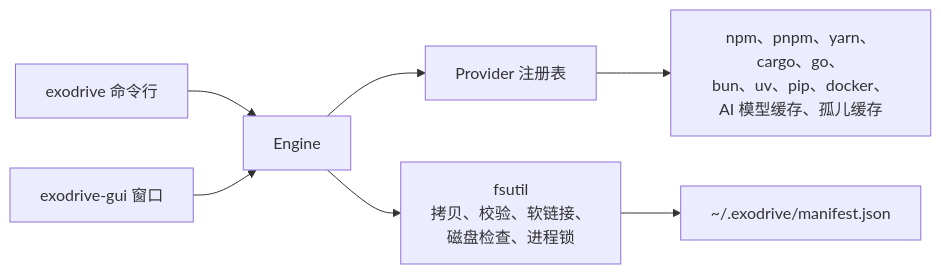
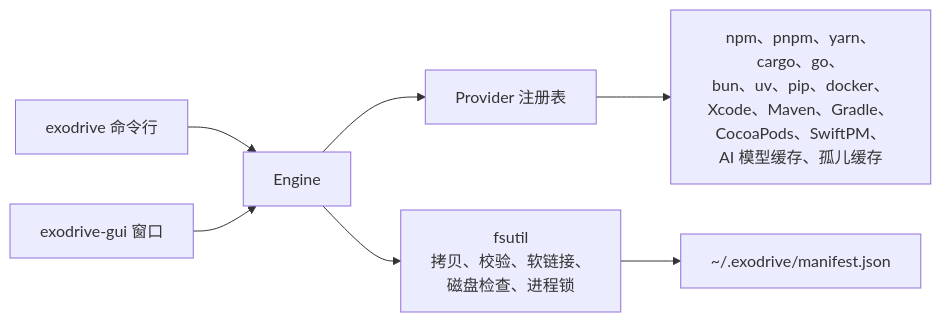
One commit to Jungley8/exodrive changed the diagram in README.zh.md. Above: the diagram before and after it, drawn with Mermaid. The commit also changed other lines of this file and 17 other files, not shown here.

First line of the commit message:
feat(providers): move Xcode, JVM, CocoaPods, and SwiftPM caches

````diff
--- a/README.zh.md
+++ b/README.zh.md
@@ -34,9 +34,9 @@
 ```mermaid
 flowchart LR
     CLI["exodrive 命令行"] --> Engine
     GUI["exodrive-gui 窗口"] --> Engine
     Engine --> Registry["Provider 注册表"]
-    Registry --> P["npm、pnpm、yarn、cargo、go、<br/>bun、uv、pip、docker、<br/>AI 模型缓存、孤儿缓存"]
+    Registry --> P["npm、pnpm、yarn、cargo、go、<br/>bun、uv、pip、docker、<br/>Xcode、Maven、Gradle、<br/>CocoaPods、SwiftPM、<br/>AI 模型缓存、孤儿缓存"]
     Engine --> FS["fsutil<br/>拷贝、校验、软链接、<br/>磁盘检查、进程锁"]
     FS --> Ledger["~/.exodrive/manifest.json"]
 ```
````
